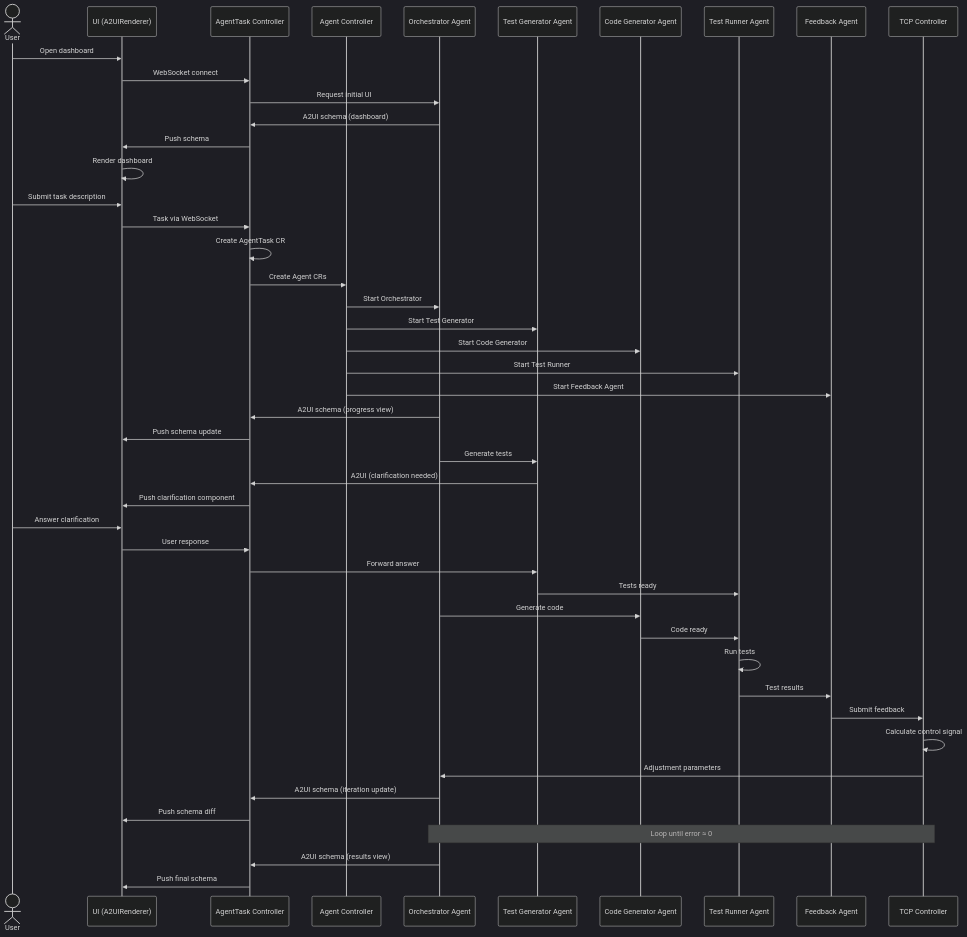
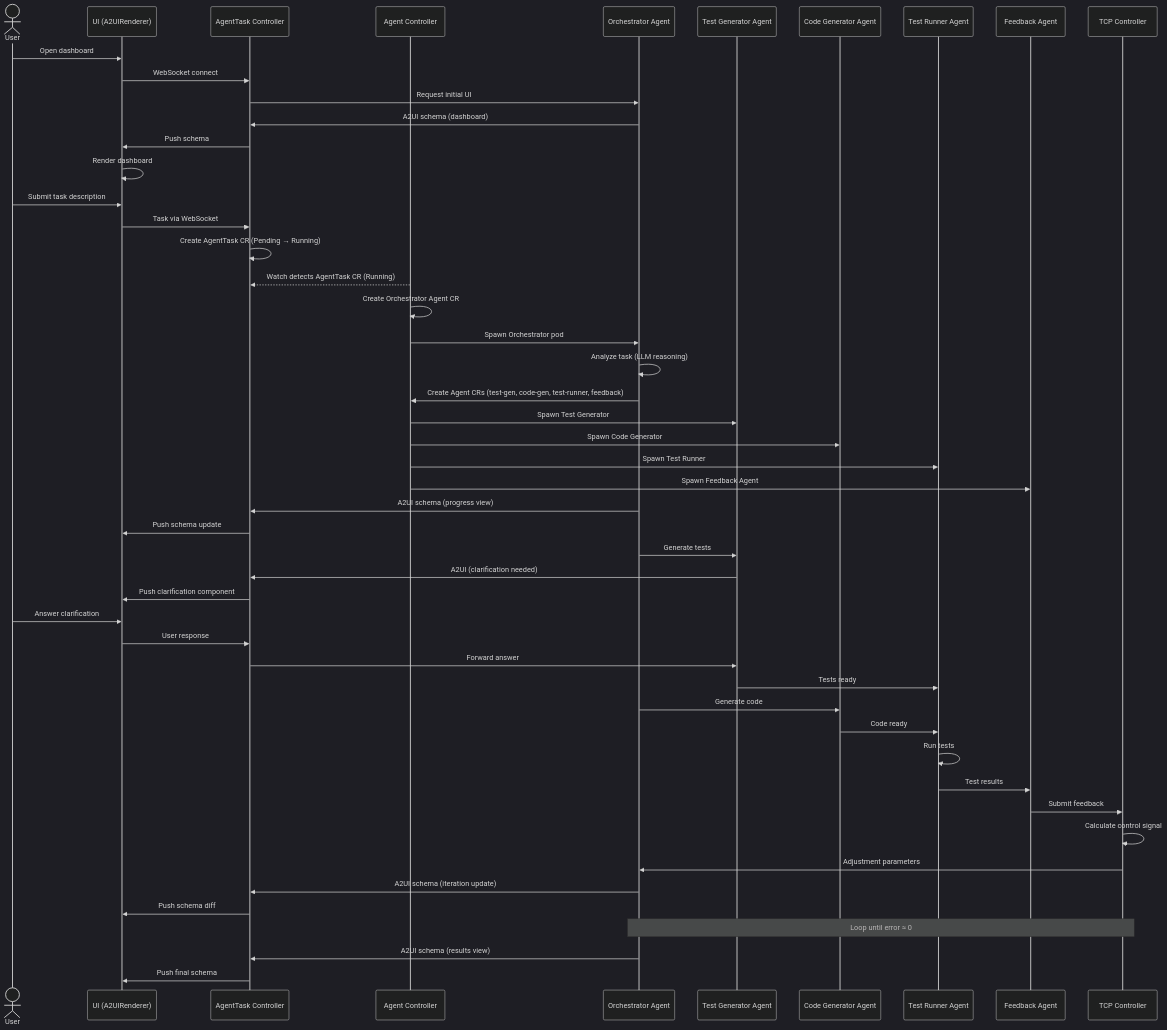
One commit to dshcherbatiuk/forgemaster changed the second of 2 diagrams in docs/arch/02-components.md. Above: the diagram before and after it, drawn with Mermaid (dark theme). The commit also changed other lines of this file and 2 other files, not shown here.

Commit message:
docs: Clarify responsibility chain — Agent Controller creates Orchestrator
AgentTask Controller only manages task lifecycle (CR, namespace, status).
Agent Controller watches AgentTask CRs, creates Orchestrator Agent CR,
and manages all agent pods. Orchestrator creates executor Agent CRs.

````diff
--- a/docs/arch/02-components.md
+++ b/docs/arch/02-components.md
@@ -309,57 +311,61 @@
 ```mermaid
 sequenceDiagram
     actor U as User
     participant UI as UI (A2UIRenderer)
     participant ATC as AgentTask Controller
     participant AC as Agent Controller
     participant OA as Orchestrator Agent
     participant TGA as Test Generator Agent
     participant CGA as Code Generator Agent
     participant TRA as Test Runner Agent
     participant FBA as Feedback Agent
     participant TCP as TCP Controller
 
     U->>UI: Open dashboard
     UI->>ATC: WebSocket connect
     ATC->>OA: Request initial UI
     OA->>ATC: A2UI schema (dashboard)
     ATC->>UI: Push schema
     UI->>UI: Render dashboard
 
     U->>UI: Submit task description
     UI->>ATC: Task via WebSocket
-    ATC->>ATC: Create AgentTask CR
-    ATC->>AC: Create Agent CRs
-    AC->>OA: Start Orchestrator
-    AC->>TGA: Start Test Generator
-    AC->>CGA: Start Code Generator
-    AC->>TRA: Start Test Runner
-    AC->>FBA: Start Feedback Agent
+    ATC->>ATC: Create AgentTask CR (Pending → Running)
+    AC-->>ATC: Watch detects AgentTask CR (Running)
+    AC->>AC: Create Orchestrator Agent CR
+    AC->>OA: Spawn Orchestrator pod
+
+    OA->>OA: Analyze task (LLM reasoning)
+    OA->>AC: Create Agent CRs (test-gen, code-gen, test-runner, feedback)
+    AC->>TGA: Spawn Test Generator
+    AC->>CGA: Spawn Code Generator
+    AC->>TRA: Spawn Test Runner
+    AC->>FBA: Spawn Feedback Agent
 
     OA->>ATC: A2UI schema (progress view)
     ATC->>UI: Push schema update
 
     OA->>TGA: Generate tests
     TGA->>ATC: A2UI (clarification needed)
     ATC->>UI: Push clarification component
     U->>UI: Answer clarification
     UI->>ATC: User response
     ATC->>TGA: Forward answer
 
     TGA->>TRA: Tests ready
     OA->>CGA: Generate code
     CGA->>TRA: Code ready
     TRA->>TRA: Run tests
     TRA->>FBA: Test results
     FBA->>TCP: Submit feedback
     TCP->>TCP: Calculate control signal
     TCP->>OA: Adjustment parameters
 
     OA->>ATC: A2UI schema (iteration update)
     ATC->>UI: Push schema diff
 
     Note over OA,TCP: Loop until error ≈ 0
 
     OA->>ATC: A2UI schema (results view)
     ATC->>UI: Push final schema
 ```
````
